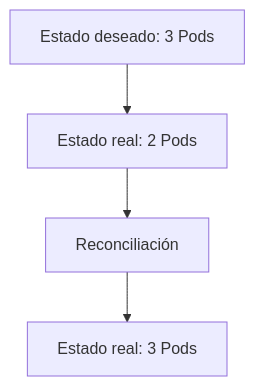
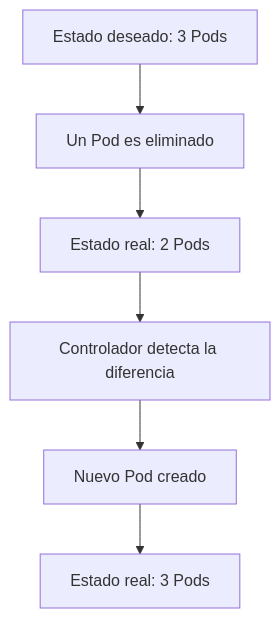
Before and after one commit to ieftraining/curso-openshift: the fifth of 6 diagrams in docs/sesion1/1.8-practica-imagen-cluster-completo.md, drawn with Mermaid. The commit also changed other lines of this file, not shown here.

````diff
--- a/docs/sesion1/1.8-practica-imagen-cluster-completo.md
+++ b/docs/sesion1/1.8-practica-imagen-cluster-completo.md
@@ -233,7 +328,9 @@
 ```mermaid
 flowchart TD
     A[Estado deseado: 3 Pods]
-    --> B[Estado real: 2 Pods]
-    --> C[Reconciliación]
-    --> D[Estado real: 3 Pods]
+    --> B[Un Pod es eliminado]
+    --> C[Estado real: 2 Pods]
+    --> D[Controlador detecta la diferencia]
+    --> E[Nuevo Pod creado]
+    --> F[Estado real: 3 Pods]
 ```
````
